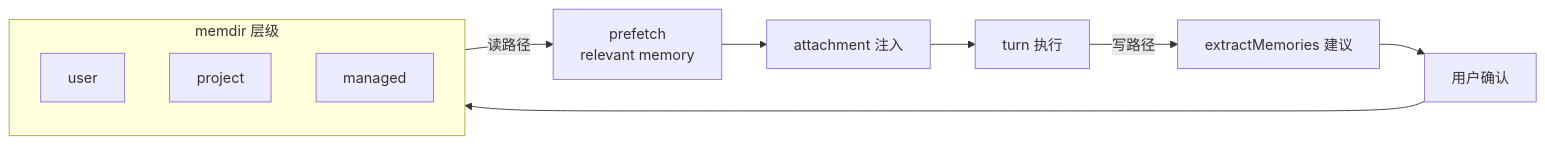
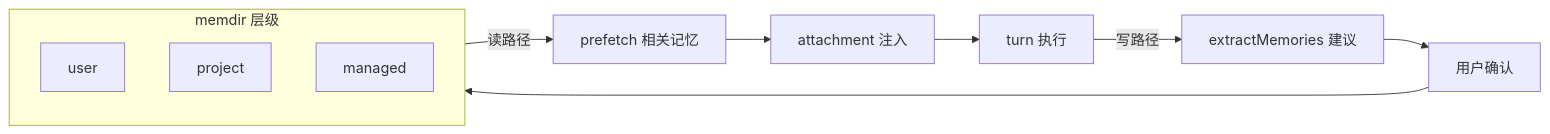
Before and after one commit to betaHi/betaHi.github.io: the diagram in claude-code-architecture/17-memory-system-and-persistence.md, drawn with Mermaid. The commit also changed 12 other files, not shown here.

First line of the commit message:
Prevent mermaid clipping by shortening dense node labels

````diff
--- a/claude-code-architecture/17-memory-system-and-persistence.md
+++ b/claude-code-architecture/17-memory-system-and-persistence.md
@@ -26,14 +26,14 @@
 ```mermaid
 flowchart LR
   subgraph M[memdir 层级]
     U[user]
     P[project]
     G[managed]
   end
-  M -->|读路径| R1[prefetch<br/>relevant memory]
+  M -->|读路径| R1[prefetch 相关记忆]
   R1 --> R2[attachment 注入]
   R2 --> T[turn 执行]
   T -->|写路径| W1[extractMemories 建议]
   W1 --> W2[用户确认]
   W2 --> M
 ```
````
